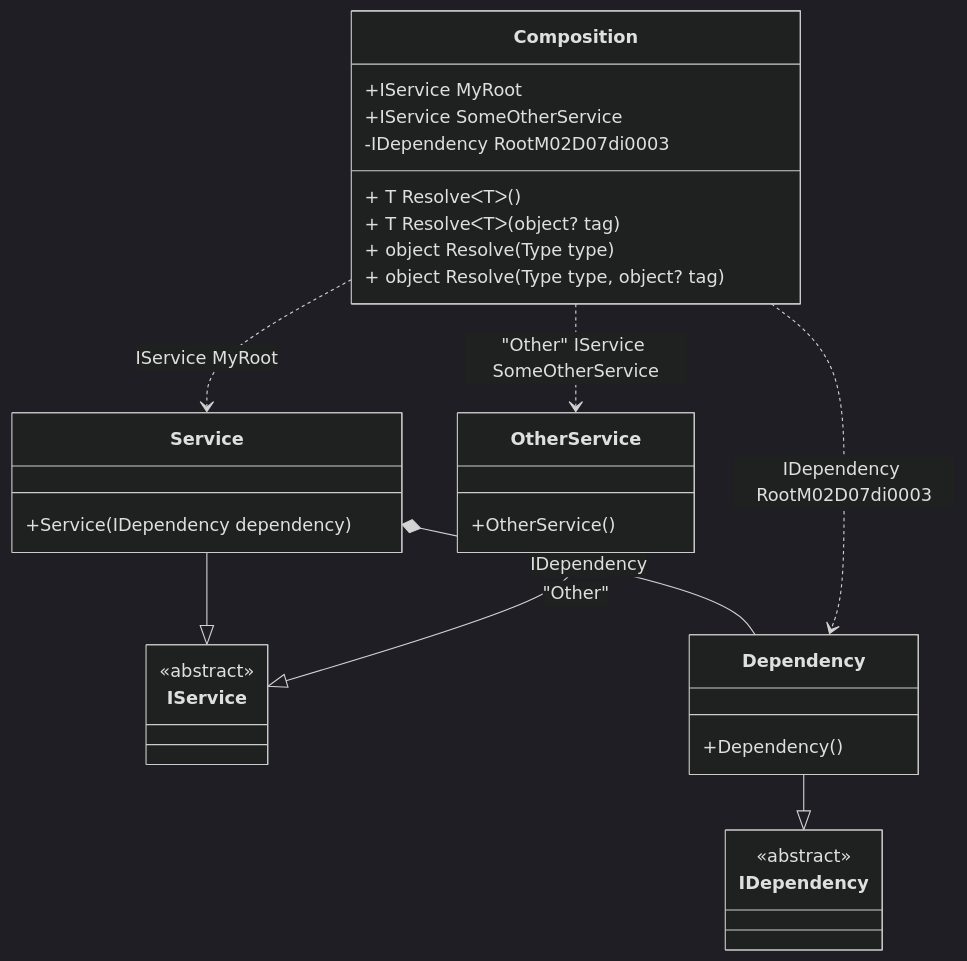
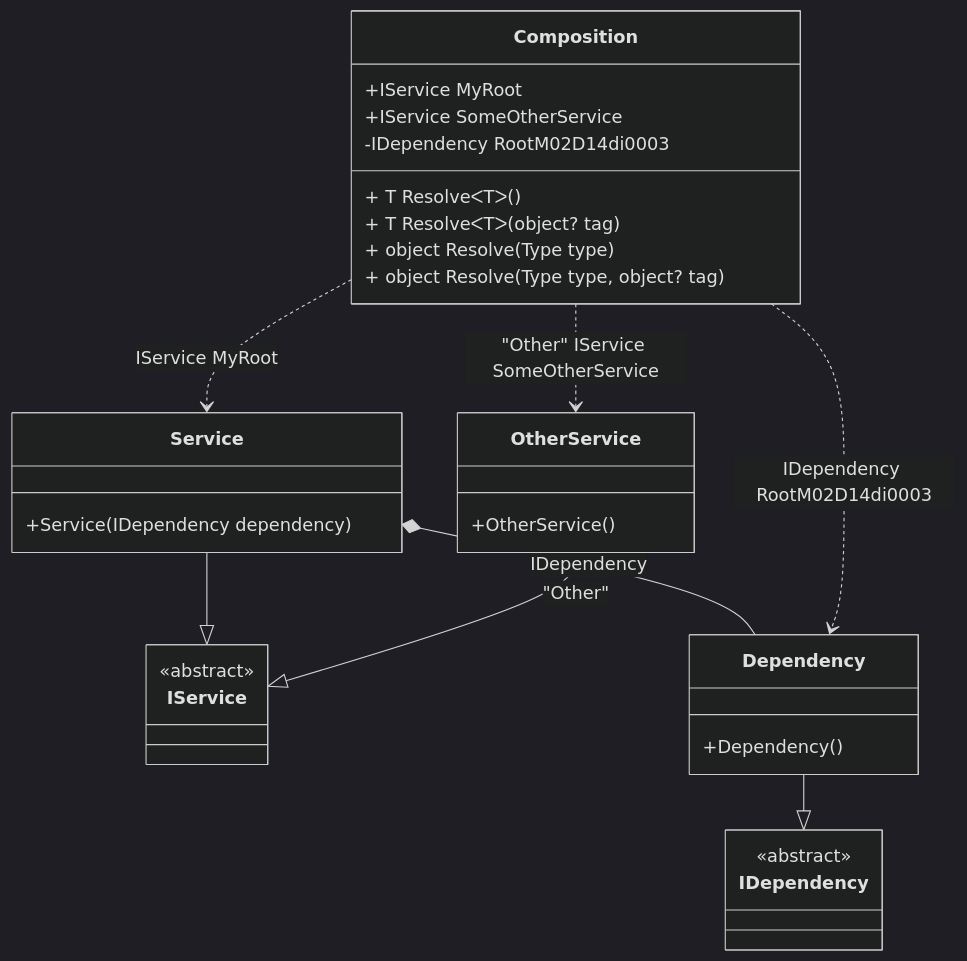
The diagram in readme/composition-roots.md (DevTeam/Pure.DI), drawn with Mermaid (dark theme) before and after one commit. The commit also changed other lines of this file and 80 other files, not shown here.

````diff
--- a/readme/composition-roots.md
+++ b/readme/composition-roots.md
@@ -66,34 +66,34 @@
 ```mermaid
 classDiagram
   class Composition {
     +IService MyRoot
     +IService SomeOtherService
-    -IDependency RootM02D07di0003
+    -IDependency RootM02D14di0003
     + T ResolveᐸTᐳ()
     + T ResolveᐸTᐳ(object? tag)
     + object Resolve(Type type)
     + object Resolve(Type type, object? tag)
   }
   Service --|> IService : 
   class Service {
     +Service(IDependency dependency)
   }
   OtherService --|> IService : "Other" 
   class OtherService {
     +OtherService()
   }
   Dependency --|> IDependency : 
   class Dependency {
     +Dependency()
   }
   class IService {
     <<abstract>>
   }
   class IDependency {
     <<abstract>>
   }
   Service *--  Dependency : IDependency
   Composition ..> Service : IService MyRoot
   Composition ..> OtherService : "Other" IService SomeOtherService
-  Composition ..> Dependency : IDependency RootM02D07di0003
+  Composition ..> Dependency : IDependency RootM02D14di0003
 ```
````
